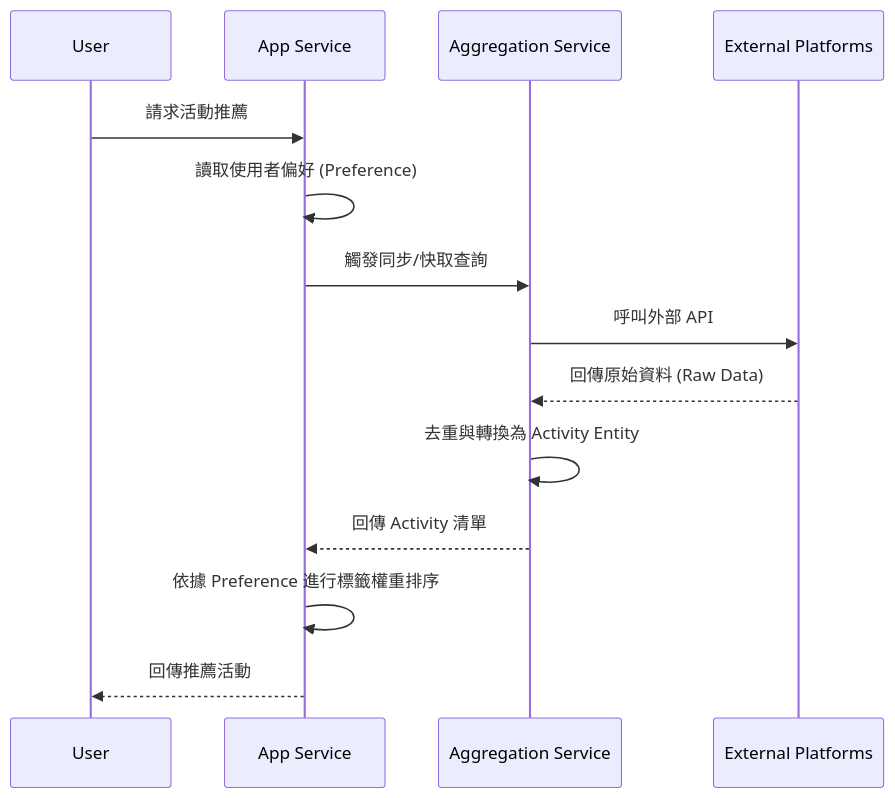
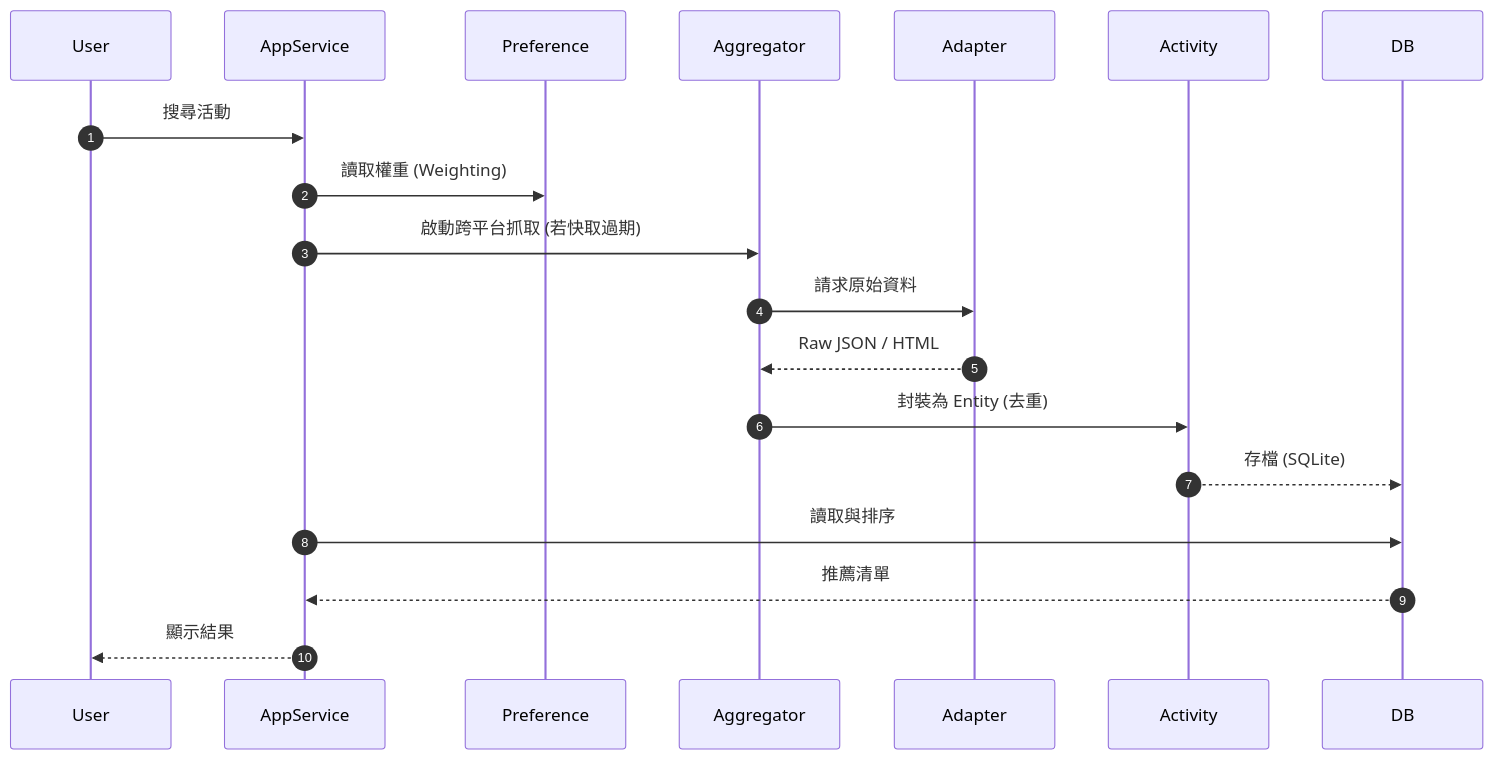
The third of 3 diagrams in projects/activity-aggregator/docs/architecture-design.md (landy35p/ADLC-project), drawn with Mermaid before and after one commit. The commit also changed other lines of this file, not shown here.

````diff
--- a/projects/activity-aggregator/docs/architecture-design.md
+++ b/projects/activity-aggregator/docs/architecture-design.md
@@ -26,17 +93,14 @@
 ```mermaid
 sequenceDiagram
-    participant U as User
-    participant A as App Service
-    participant S as Aggregation Service
-    participant E as External Platforms
-    
-    U->>A: 請求活動推薦
-    A->>A: 讀取使用者偏好 (Preference)
-    A->>S: 觸發同步/快取查詢
-    S->>E: 呼叫外部 API
-    E-->>S: 回傳原始資料 (Raw Data)
-    S->>S: 去重與轉換為 Activity Entity
-    S-->>A: 回傳 Activity 清單
-    A->>A: 依據 Preference 進行標籤權重排序
-    A-->>U: 回傳推薦活動
+    autonumber
+    User->>AppService: 搜尋活動
+    AppService->>Preference: 讀取權重 (Weighting)
+    AppService->>Aggregator: 啟動跨平台抓取 (若快取過期)
+    Aggregator->>Adapter: 請求原始資料
+    Adapter-->>Aggregator: Raw JSON / HTML
+    Aggregator->>Activity: 封裝為 Entity (去重)
+    Activity-->>DB: 存檔 (SQLite)
+    AppService->>DB: 讀取與排序
+    DB-->>AppService: 推薦清單
+    AppService-->>User: 顯示結果
 ```
````
